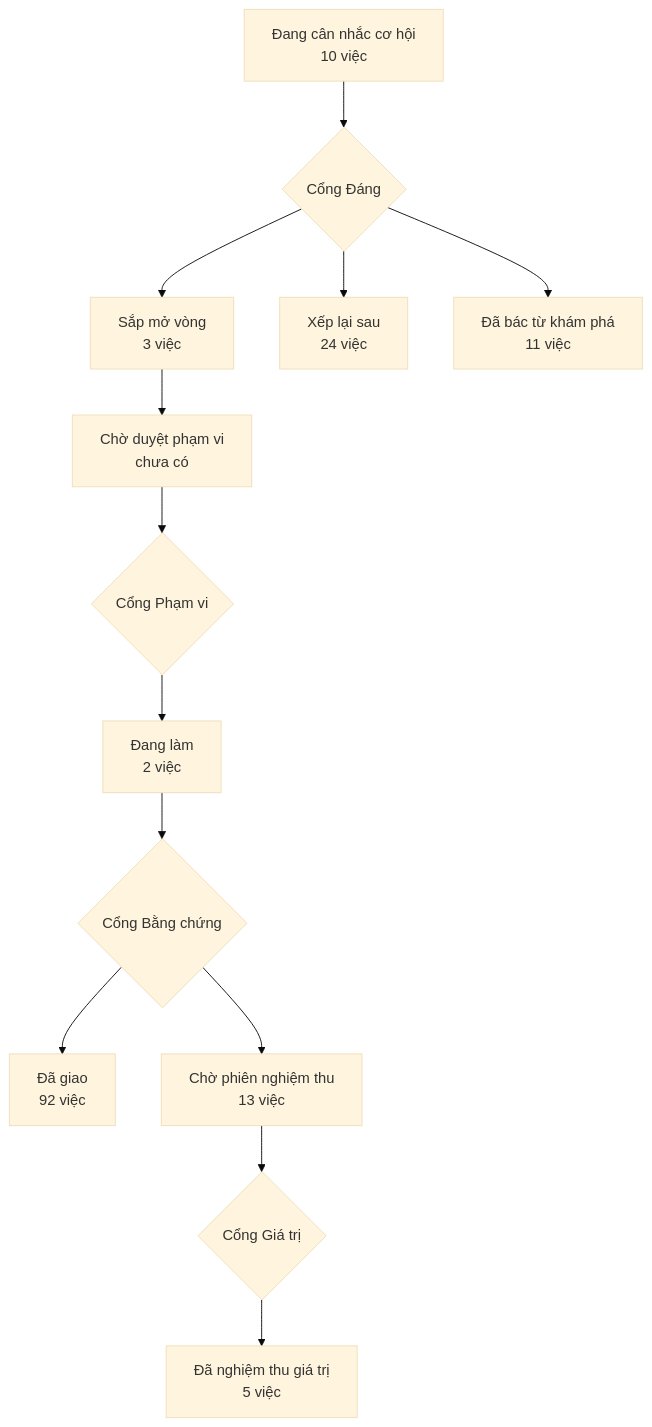
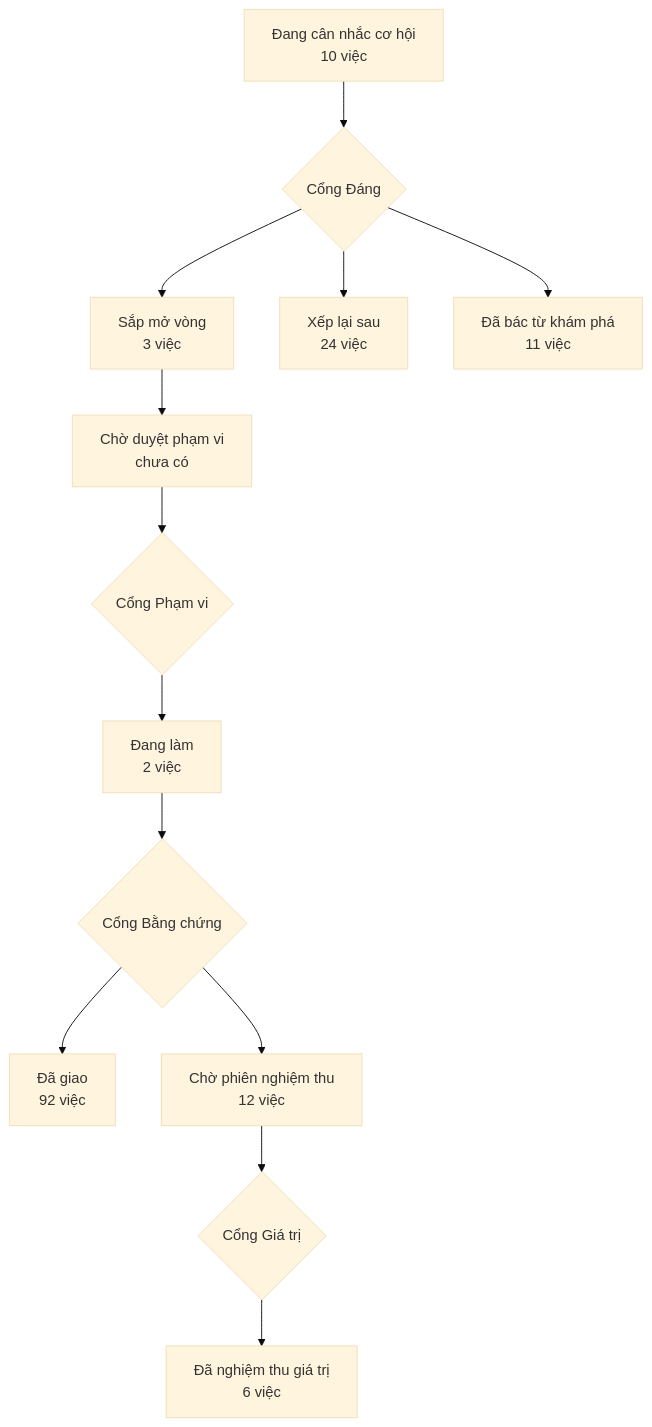
Before and after one commit to phanlemanh/acceptance-gate-kit: the diagram in PRODUCT-MAP.md, drawn with Mermaid (base theme). The commit also changed other lines of this file and 3 other files, not shown here.

First line of the commit message:
uat(viec-ke-theo-plan): Cổng Giá trị iterate — Manh Phan

````diff
--- a/PRODUCT-MAP.md
+++ b/PRODUCT-MAP.md
@@ -6,12 +6,12 @@
 ```mermaid
 flowchart TD
   A["Đang cân nhắc cơ hội<br/>10 việc"] --> GD{"Cổng Đáng"}
   GD --> B["Sắp mở vòng<br/>3 việc"]
   GD --> XL["Xếp lại sau<br/>24 việc"]
   GD --> DB["Đã bác từ khám phá<br/>11 việc"]
   B --> CD["Chờ duyệt phạm vi<br/>chưa có"] --> GP{"Cổng Phạm vi"}
   GP --> DL["Đang làm<br/>2 việc"] --> GB{"Cổng Bằng chứng"}
   GB --> DG["Đã giao<br/>92 việc"]
-  GB --> CN["Chờ phiên nghiệm thu<br/>13 việc"] --> GG{"Cổng Giá trị"}
-  GG --> NT["Đã nghiệm thu giá trị<br/>5 việc"]
+  GB --> CN["Chờ phiên nghiệm thu<br/>12 việc"] --> GG{"Cổng Giá trị"}
+  GG --> NT["Đã nghiệm thu giá trị<br/>6 việc"]
 ```
````
